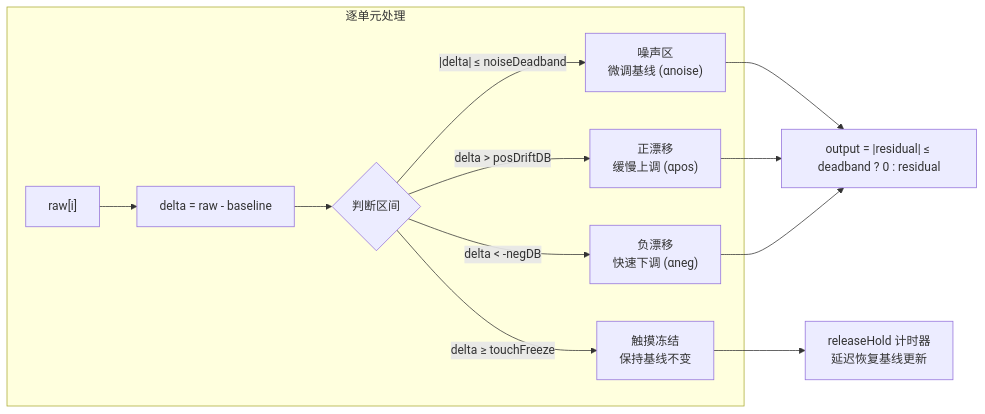
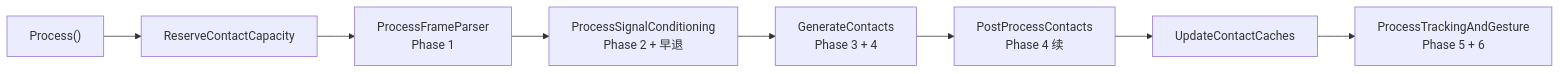
The second of 14 diagrams in docs/touch_pipeline_architecture.md (krrrak/EGoTouchRev), drawn with Mermaid before and after one commit. The commit also changed other lines of this file and 8 other files, not shown here.

Commit message:
feat: implement speed-adaptive IIR coordinate filtering and add project architecture documentation

````diff
--- a/docs/touch_pipeline_architecture.md
+++ b/docs/touch_pipeline_architecture.md
@@ -101,16 +92,10 @@
 ```mermaid
 flowchart LR
-    subgraph PerCell["逐单元处理"]
-        RAW["raw[i]"] --> DELTA["delta = raw - baseline"]
-        DELTA --> COND{判断区间}
-        COND -- "|delta| ≤ noiseDeadband" --> NOISE["噪声区<br/>微调基线 (αnoise)"]
-        COND -- "delta ≥ touchFreeze" --> FREEZE["触摸冻结<br/>保持基线不变"]
-        COND -- "delta > posDriftDB" --> POSDRIFT["正漂移<br/>缓慢上调 (αpos)"]
-        COND -- "delta < -negDB" --> NEGDRIFT["负漂移<br/>快速下调 (αneg)"]
-    end
-
-    FREEZE --> HOLD["releaseHold 计时器<br/>延迟恢复基线更新"]
-    NOISE --> OUT["output = |residual| ≤ deadband ? 0 : residual"]
-    POSDRIFT --> OUT
-    NEGDRIFT --> OUT
+    ENTRY["Process()"] --> RESERVE["ReserveContactCapacity"]
+    RESERVE --> PFP["ProcessFrameParser<br/>Phase 1"]
+    PFP --> PSC["ProcessSignalConditioning<br/>Phase 2 + 早退"]
+    PSC --> GEN["GenerateContacts<br/>Phase 3 + 4"]
+    GEN --> POST["PostProcessContacts<br/>Phase 4 续"]
+    POST --> CACHE["UpdateContactCaches"]
+    CACHE --> TG["ProcessTrackingAndGesture<br/>Phase 5 + 6"]
 ```
````
